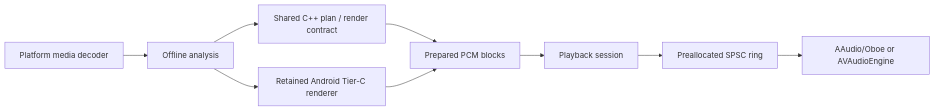
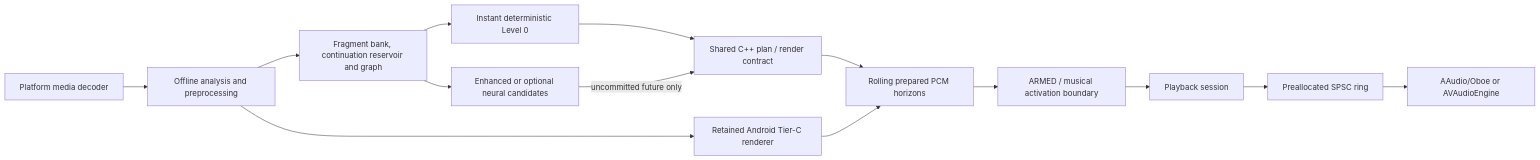
The diagram in ARCHITECTURE.md (shredELIline/autoremix), drawn with Mermaid before and after one commit. The commit also changed other lines of this file and 20 other files, not shown here.

````diff
--- a/ARCHITECTURE.md
+++ b/ARCHITECTURE.md
@@ -8,11 +8,16 @@
 ```mermaid
 flowchart LR
-  Media["Platform media decoder"] --> Analysis["Offline analysis"]
-  Analysis --> Core["Shared C++ plan / render contract"]
+  Media["Platform media decoder"] --> Analysis["Offline analysis and preprocessing"]
+  Analysis --> Reservoir["Fragment bank, continuation reservoir and graph"]
+  Reservoir --> Level0["Instant deterministic Level 0"]
+  Reservoir --> Future["Enhanced or optional neural candidates"]
+  Level0 --> Core["Shared C++ plan / render contract"]
+  Future -->|"uncommitted future only"| Core
   Analysis --> AndroidProvider["Retained Android Tier-C renderer"]
-  Core --> Blocks["Prepared PCM blocks"]
+  Core --> Blocks["Rolling prepared PCM horizons"]
   AndroidProvider --> Blocks
-  Blocks --> Session["Playback session"]
+  Blocks --> Boundary["ARMED / musical activation boundary"]
+  Boundary --> Session["Playback session"]
   Session --> Ring["Preallocated SPSC ring"]
   Ring --> Output["AAudio/Oboe or AVAudioEngine"]
 ```
````
